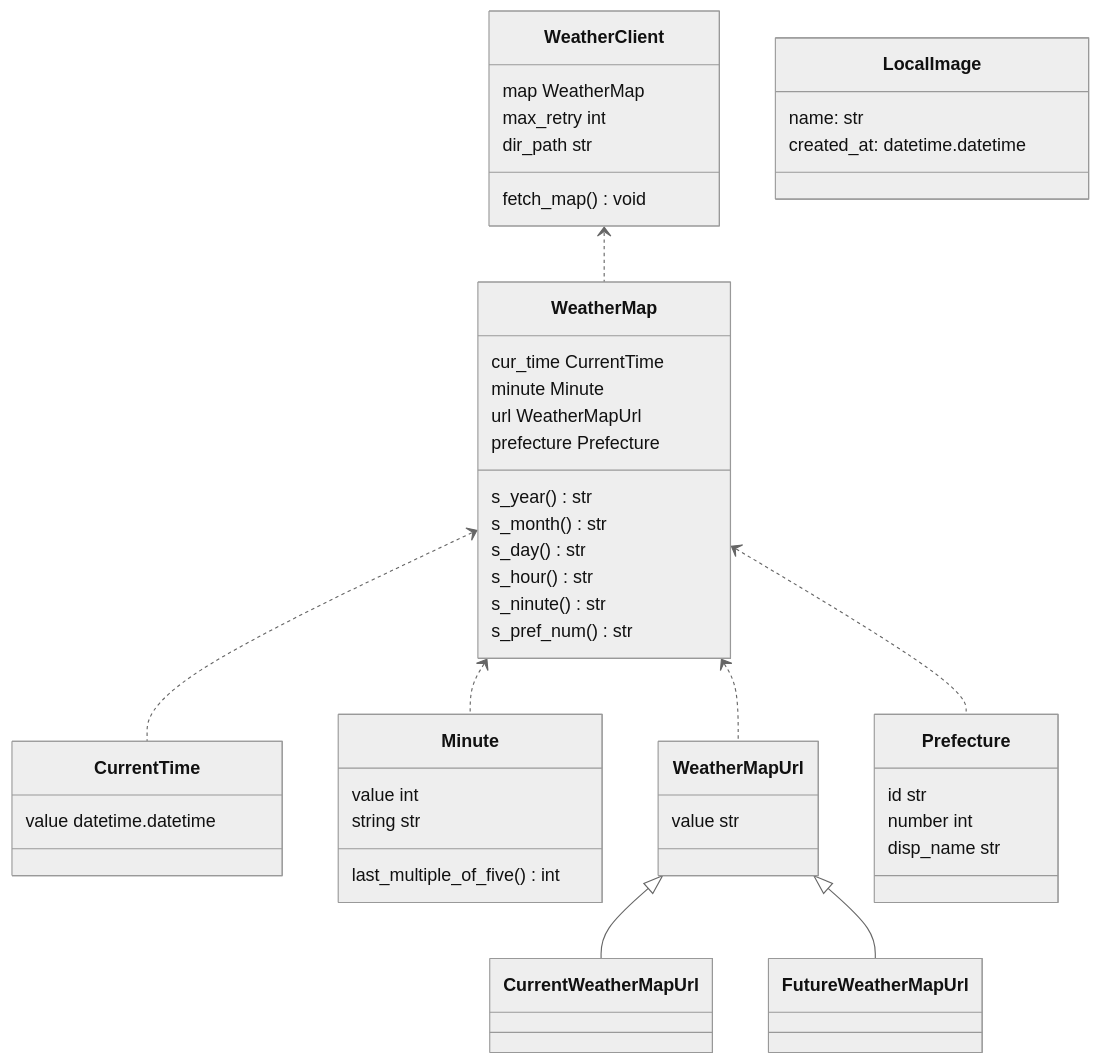
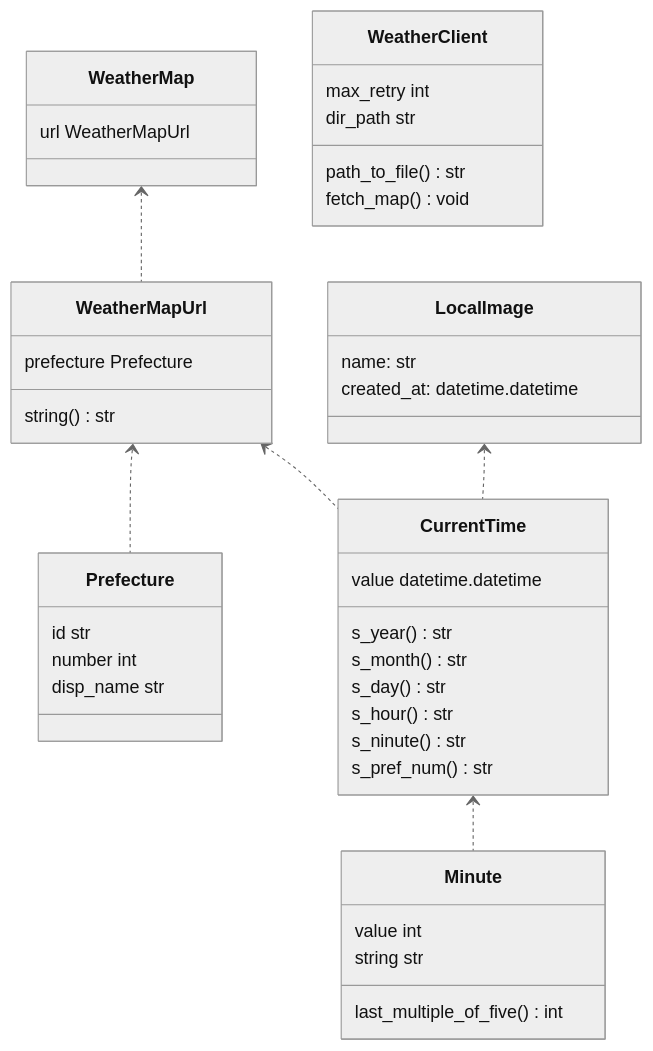
Before and after one commit to azul915/rain-monitor: the second of 2 diagrams in README.md, drawn with Mermaid (neutral theme). The commit also changed other lines of this file, not shown here.

````diff
--- a/README.md
+++ b/README.md
@@ -3,58 +19,49 @@
 ```mermaid
 classDiagram
-	class CurrentTime {
-		value datetime.datetime
-	}
-
 	class Minute {
 		value int
 		string str
 		last_multiple_of_five() int
 	}
 
-	class CurrentWeatherMapUrl {
+	class CurrentTime {
+		value datetime.datetime
+		s_year() str
+		s_month() str
+		s_day() str
+		s_hour() str
+		s_ninute() str
+		s_pref_num() str
 	}
-	class FutureWeatherMapUrl {
-	}
-	class WeatherMapUrl {
-		value str
-	}
-	WeatherMapUrl <|-- CurrentWeatherMapUrl
-	WeatherMapUrl <|-- FutureWeatherMapUrl
+	CurrentTime <.. Minute
 
 	class Prefecture {
 		id str
 		number int
 		disp_name str
 	}
 
+	class WeatherMapUrl {
+		prefecture Prefecture
+		string() str
+	}
+	WeatherMapUrl <.. Prefecture
+	WeatherMapUrl <.. CurrentTime
+
 	class WeatherMap {
-		cur_time CurrentTime
-		minute Minute
 		url WeatherMapUrl
-		prefecture Prefecture
-		s_year() str
-		s_month() str
-		s_day() str
-		s_hour() str
-		s_ninute() str
-		s_pref_num() str
 	}
-	WeatherMap <..CurrentTime
-	WeatherMap <..Minute
-	WeatherMap <..WeatherMapUrl
-	WeatherMap <..Prefecture
-
-	class WeatherClient {
-		map WeatherMap
-		max_retry int
-		dir_path str
-		fetch_map() void
-	}
-	WeatherClient <..WeatherMap
-
+	WeatherMap <.. WeatherMapUrl
 	class LocalImage {
 		name: str
 		created_at: datetime.datetime
 	}
+	LocalImage <.. CurrentTime
+
+	class WeatherClient {
+		max_retry int
+		dir_path str
+		path_to_file() str
+		fetch_map() void
+	}
 ```
````
